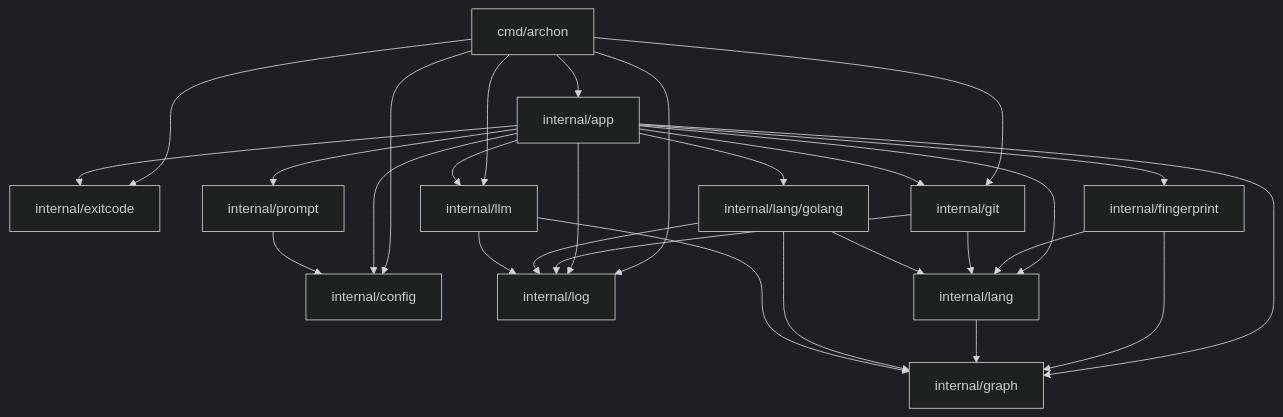
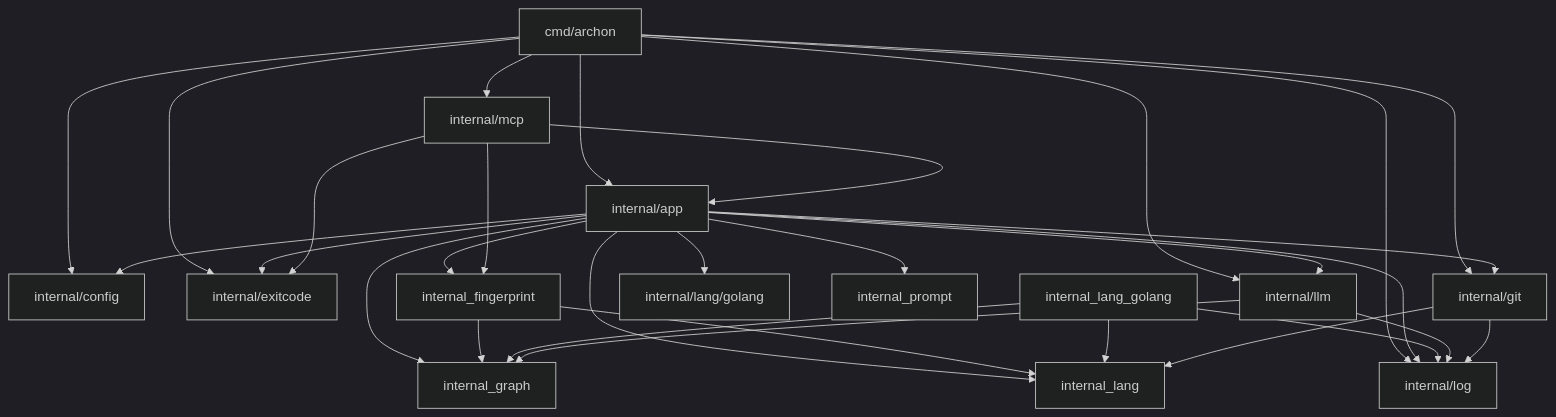
The diagram in docs/ARCHITECTURE.md (j75689/archon), drawn with Mermaid (dark theme) before and after one commit. The commit also changed other lines of this file and 3 other files, not shown here.

First line of the commit message:
docs: update documentation and architecture overview

````diff
--- a/docs/ARCHITECTURE.md
+++ b/docs/ARCHITECTURE.md
@@ -7,32 +7,38 @@
 ```mermaid
 graph TD
-    cmd[cmd/archon] --> app[internal/app]
-    cmd --> cfg[internal/config]
-    cmd --> ec[internal/exitcode]
-    cmd --> git[internal/git]
-    cmd --> llm[internal/llm]
-    cmd --> log[internal/log]
-
-    app --> cfg
-    app --> ec
-    app --> fp[internal/fingerprint]
-    app --> git
-    app --> grph[internal/graph]
-    app --> lang[internal/lang]
-    app --> lang_go[internal/lang/golang]
-    app --> llm
-    app --> log
-    app --> prmpt[internal/prompt]
-
-    fp --> grph
-    fp --> lang
-    git --> lang
-    git --> log
-    lang --> grph
-    lang_go --> grph
-    lang_go --> lang
-    lang_go --> log
-    llm --> grph
-    llm --> log
-    prmpt --> cfg
+    cmd_archon[cmd/archon] --> internal_app[internal/app]
+    cmd_archon --> internal_config[internal/config]
+    cmd_archon --> internal_exitcode[internal/exitcode]
+    cmd_archon --> internal_git[internal/git]
+    cmd_archon --> internal_llm[internal/llm]
+    cmd_archon --> internal_log[internal/log]
+    cmd_archon --> internal_mcp[internal/mcp]
+    
+    internal_app --> internal_config
+    internal_app --> internal_exitcode
+    internal_app --> internal_fingerprint
+    internal_app --> internal_git
+    internal_app --> internal_graph
+    internal_app --> internal_lang
+    internal_app --> internal_golang[internal/lang/golang]
+    internal_app --> internal_llm
+    internal_app --> internal_log
+    internal_app --> internal_prompt
+    
+    internal_mcp --> internal_app
+    internal_mcp --> internal_exitcode
+    internal_mcp --> internal_fingerprint
+    
+    internal_fingerprint --> internal_graph
+    internal_fingerprint --> internal_lang
+    
+    internal_lang_golang --> internal_graph
+    internal_lang_golang --> internal_lang
+    internal_lang_golang --> internal_log
+    
+    internal_llm --> internal_graph
+    internal_llm --> internal_log
+    
+    internal_git --> internal_lang
+    internal_git --> internal_log
 ```
````
